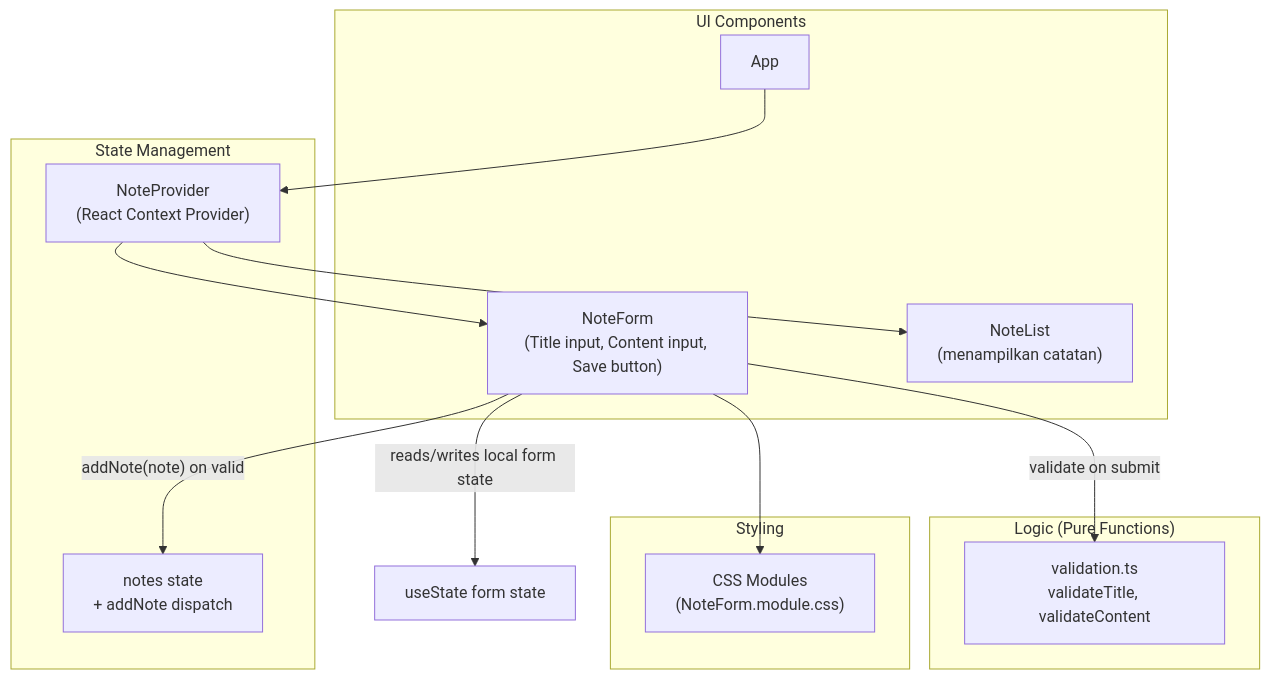
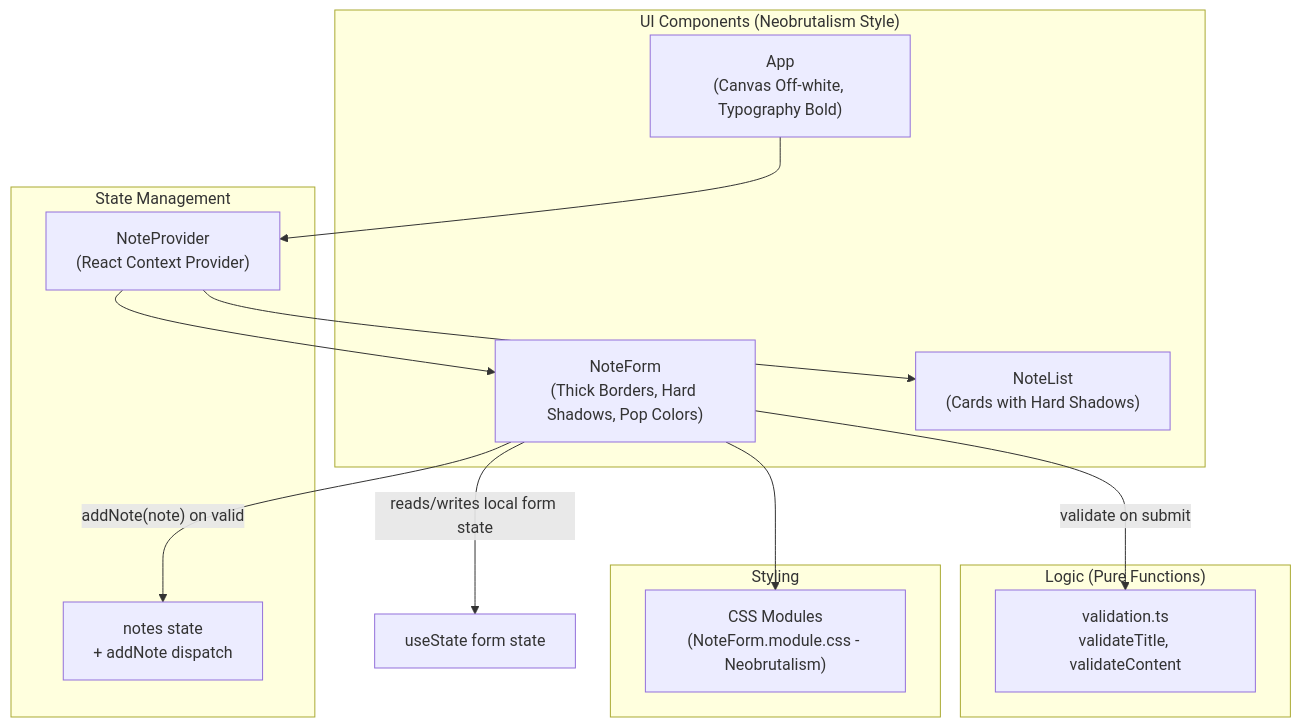
The diagram in .kiro/specs/add-new-note/design.md (arfento/TodoList-App), drawn with Mermaid before and after one commit. The commit also changed other lines of this file and 1 other file, not shown here.

Commit message:
Add Neobrutalism design specs and update form validation tests

````diff
--- a/.kiro/specs/add-new-note/design.md
+++ b/.kiro/specs/add-new-note/design.md
@@ -20,29 +76,29 @@
 ```mermaid
 graph TB
     subgraph "State Management"
         NoteProvider["NoteProvider<br/>(React Context Provider)"]
         NoteState["notes state<br/>+ addNote dispatch"]
     end
 
-    subgraph "UI Components"
-        App["App"]
-        NoteForm["NoteForm<br/>(Title input, Content input, Save button)"]
-        NoteList["NoteList<br/>(menampilkan catatan)"]
+    subgraph "UI Components (Neobrutalism Style)"
+        App["App<br/>(Canvas Off-white, Typography Bold)"]
+        NoteForm["NoteForm<br/>(Thick Borders, Hard Shadows, Pop Colors)"]
+        NoteList["NoteList<br/>(Cards with Hard Shadows)"]
     end
 
     subgraph "Logic (Pure Functions)"
         Validation["validation.ts<br/>validateTitle, validateContent"]
     end
 
     subgraph "Styling"
-        CSS["CSS Modules<br/>(NoteForm.module.css)"]
+        CSS["CSS Modules<br/>(NoteForm.module.css - Neobrutalism)"]
     end
 
     App --> NoteProvider
     NoteProvider --> NoteForm
     NoteProvider --> NoteList
     NoteForm -->|"reads/writes local form state"| LocalState["useState form state"]
     NoteForm -->|"validate on submit"| Validation
     NoteForm -->|"addNote(note) on valid"| NoteState
     NoteForm --> CSS
 ```
````
